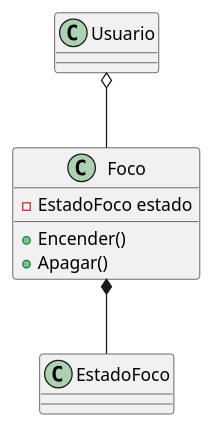
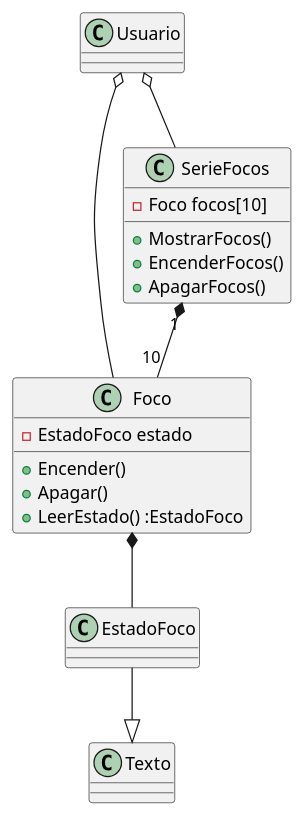
The diagram in docs/foco.puml (TextualSpade/3F261-Segundo-Parcial), drawn with PlantUML before and after one commit. The commit also changed 4 other files, not shown here.

```diff
--- a/docs/foco.puml
+++ b/docs/foco.puml
@@ -1,16 +1,26 @@
 @startumlfoco
 
 class Usuario
 
 class Foco{
-- EstadoFoco estado
-+ Encender()
-+ Apagar()
+    - EstadoFoco estado
+    + Encender()
+    + Apagar()
+    + LeerEstado() :EstadoFoco
 }
 
 class EstadoFoco
+class SerieFocos{
+    - Foco focos[10]
+    + MostrarFocos()
+    +EncenderFocos()
+    + ApagarFocos()
+}
 
 Usuario o-- Foco
 Foco*-- EstadoFoco
+EstadoFoco --|> Texto
+SerieFocos "1" *-- "10" Foco
+Usuario o-- SerieFocos
 
 @enduml
```
